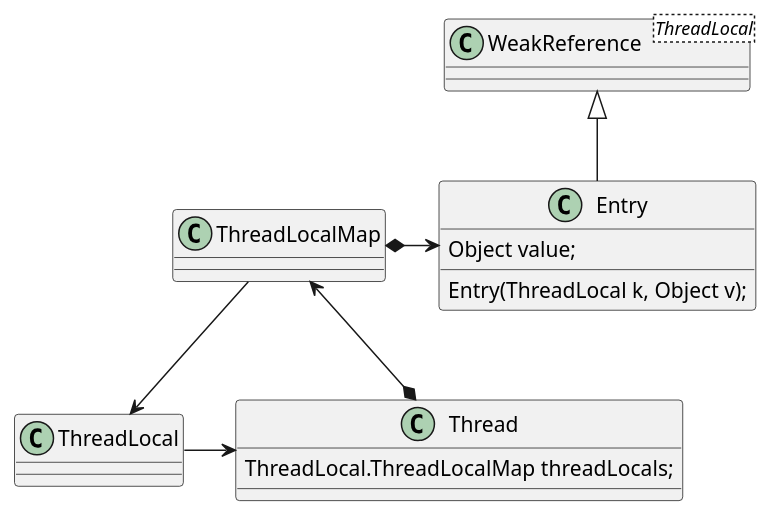
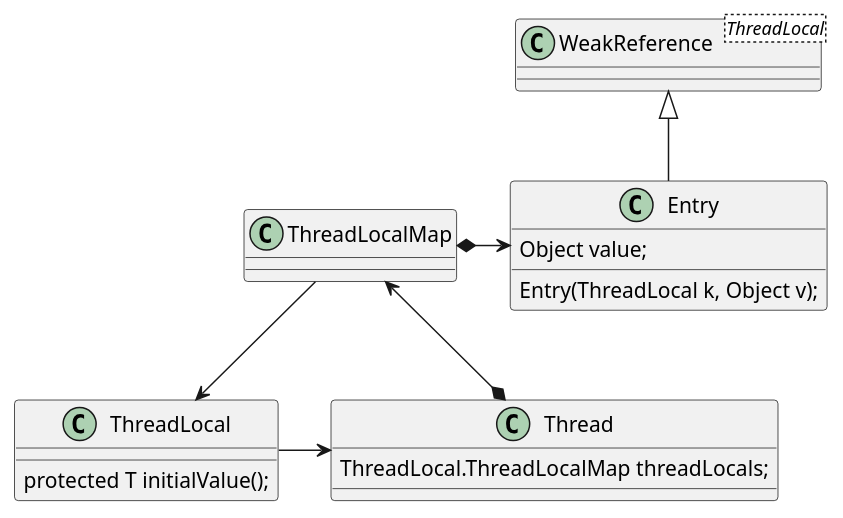
Before and after one commit to newbigTech/myDesignPattern: the diagram in uml/juc/threadLocal.puml, drawn with PlantUML.

Commit message:
uml图

```diff
--- a/uml/juc/threadLocal.puml
+++ b/uml/juc/threadLocal.puml
@@ -1,26 +1,26 @@
 @startuml
 class Thread{
     ThreadLocal.ThreadLocalMap threadLocals;
 }
 class ThreadLocal{
-
+    protected T initialValue();
 }
 class ThreadLocalMap{
 
 }
 class WeakReference<ThreadLocal> {
 
 }
 class Entry{
     Object value;
     Entry(ThreadLocal k, Object v);
 }
 
 WeakReference <|-- Entry
 
 ThreadLocalMap *-> Entry
 ThreadLocalMap --> ThreadLocal
 Thread *-> ThreadLocalMap
 ThreadLocal -> Thread
 
 @enduml
```
